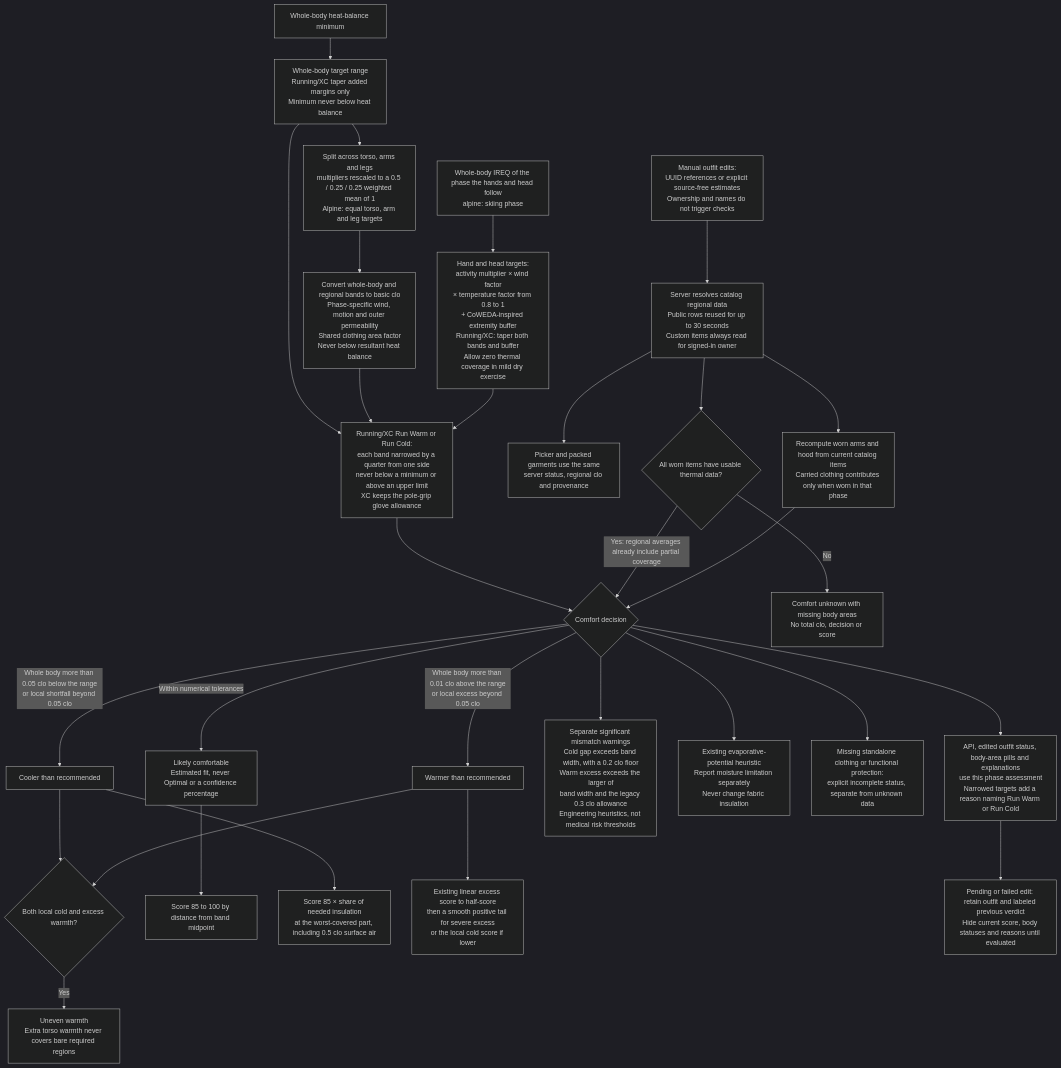
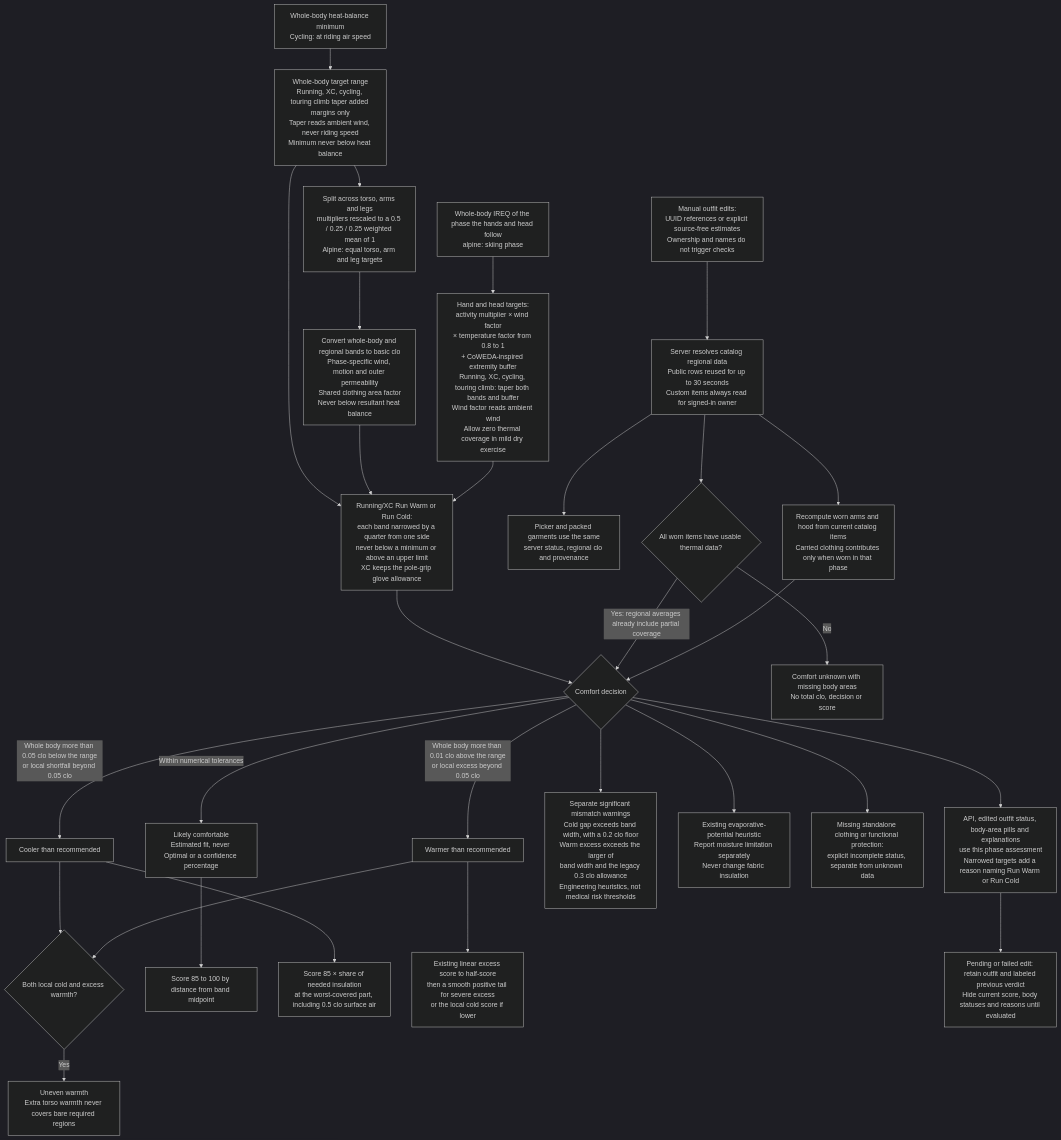
Before and after one commit to derobertsw/swttr: the seventh of 7 diagrams in README.md, drawn with Mermaid (dark theme). The commit also changed other lines of this file and 20 other files, not shown here.

First line of the commit message:
Calibrate cycling and the touring climb's metabolic rate, air speed and margins (#374)

````diff
--- a/README.md
+++ b/README.md
@@ -319,34 +323,34 @@
 ```mermaid
 graph TD
-    BALANCE[Whole-body heat-balance minimum] --> RANGE[Whole-body target range<br/>Running/XC taper added margins only<br/>Minimum never below heat balance]
+    BALANCE[Whole-body heat-balance minimum<br/>Cycling: at riding air speed] --> RANGE[Whole-body target range<br/>Running, XC, cycling, touring climb taper added margins only<br/>Taper reads ambient wind, never riding speed<br/>Minimum never below heat balance]
     RANGE --> SPLIT[Split across torso, arms and legs<br/>multipliers rescaled to a 0.5 / 0.25 / 0.25 weighted mean of 1<br/>Alpine: equal torso, arm and leg targets]
     SPLIT --> REG[Convert whole-body and regional bands to basic clo<br/>Phase-specific wind, motion and outer permeability<br/>Shared clothing area factor<br/>Never below resultant heat balance]
-    PIREQ[Whole-body IREQ of the phase the hands and head follow<br/>alpine: skiing phase] --> EXT[Hand and head targets:<br/>activity multiplier × wind factor<br/>× temperature factor from 0.8 to 1<br/>+ CoWEDA-inspired extremity buffer<br/>Running/XC: taper both bands and buffer<br/>Allow zero thermal coverage in mild dry exercise]
+    PIREQ[Whole-body IREQ of the phase the hands and head follow<br/>alpine: skiing phase] --> EXT[Hand and head targets:<br/>activity multiplier × wind factor<br/>× temperature factor from 0.8 to 1<br/>+ CoWEDA-inspired extremity buffer<br/>Running, XC, cycling, touring climb: taper both bands and buffer<br/>Wind factor reads ambient wind<br/>Allow zero thermal coverage in mild dry exercise]
 
     RANGE --> PREFBAND[Running/XC Run Warm or Run Cold:<br/>each band narrowed by a quarter from one side<br/>never below a minimum or above an upper limit<br/>XC keeps the pole-grip glove allowance]
     REG --> PREFBAND
     EXT --> PREFBAND
     PREFBAND --> DEC{Comfort decision}
     EDIT[Manual outfit edits:<br/>UUID references or explicit source-free estimates<br/>Ownership and names do not trigger checks] --> LOOKUP[Server resolves catalog regional data<br/>Public rows reused for up to 30 seconds<br/>Custom items always read for signed-in owner]
     LOOKUP --> PICKER[Picker and packed garments use the same<br/>server status, regional clo and provenance]
     LOOKUP --> KNOWN{All worn items have usable thermal data?}
     KNOWN -->|Yes: regional averages already include partial coverage| DEC
     KNOWN -->|No| UNKNOWN[Comfort unknown with missing body areas<br/>No total clo, decision or score]
     DEC -->|Whole body more than 0.05 clo below the range<br/>or local shortfall beyond 0.05 clo| COLD[Cooler than recommended]
     DEC -->|Whole body more than 0.01 clo above the range<br/>or local excess beyond 0.05 clo| HOT[Warmer than recommended]
     COLD --> MIX{Both local cold and excess warmth?}
     HOT --> MIX
     MIX -->|Yes| UNEVEN[Uneven warmth<br/>Extra torso warmth never covers bare required regions]
     DEC -->|Within numerical tolerances| OK[Likely comfortable<br/>Estimated fit, never Optimal or a confidence percentage]
     DEC --> WARN[Separate significant mismatch warnings<br/>Cold gap exceeds band width, with a 0.2 clo floor<br/>Warm excess exceeds the larger of<br/>band width and the legacy 0.3 clo allowance<br/>Engineering heuristics, not medical risk thresholds]
     DEC --> MOISTURE[Existing evaporative-potential heuristic<br/>Report moisture limitation separately<br/>Never change fabric insulation]
     OK --> S1[Score 85 to 100 by distance from band midpoint]
     COLD --> S2[Score 85 × share of needed insulation<br/>at the worst-covered part, including 0.5 clo surface air]
     HOT --> S3[Existing linear excess score to half-score<br/>then a smooth positive tail for severe excess<br/>or the local cold score if lower]
     LOOKUP --> ACTUAL[Recompute worn arms and hood from current catalog items<br/>Carried clothing contributes only when worn in that phase]
     ACTUAL --> DEC
     DEC --> GAP[Missing standalone clothing or functional protection:<br/>explicit incomplete status, separate from unknown data]
     DEC --> UI[API, edited outfit status, body-area pills and explanations<br/>use this phase assessment<br/>Narrowed targets add a reason naming Run Warm or Run Cold]
     UI --> STALE[Pending or failed edit: retain outfit and labeled previous verdict<br/>Hide current score, body statuses and reasons until evaluated]
 
 ```
````
